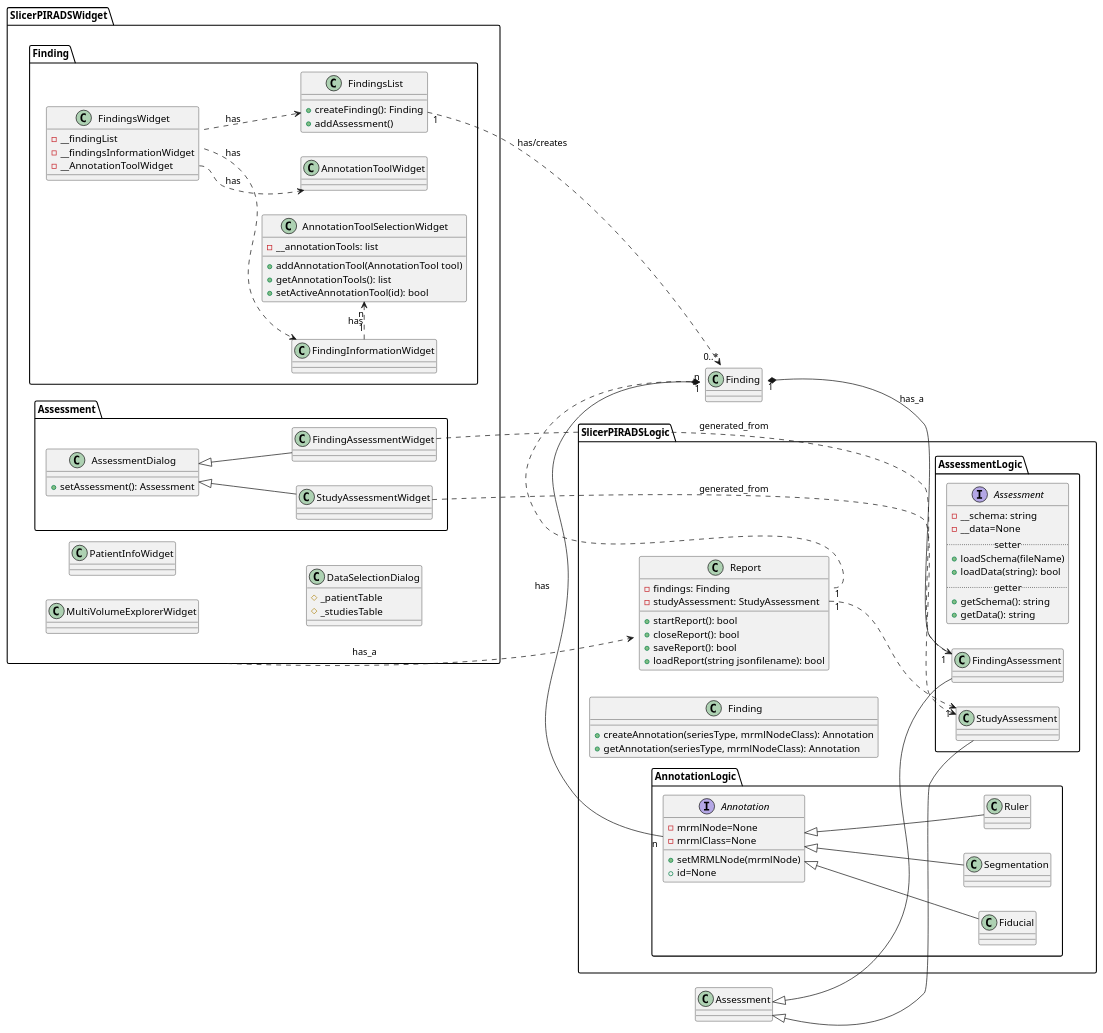
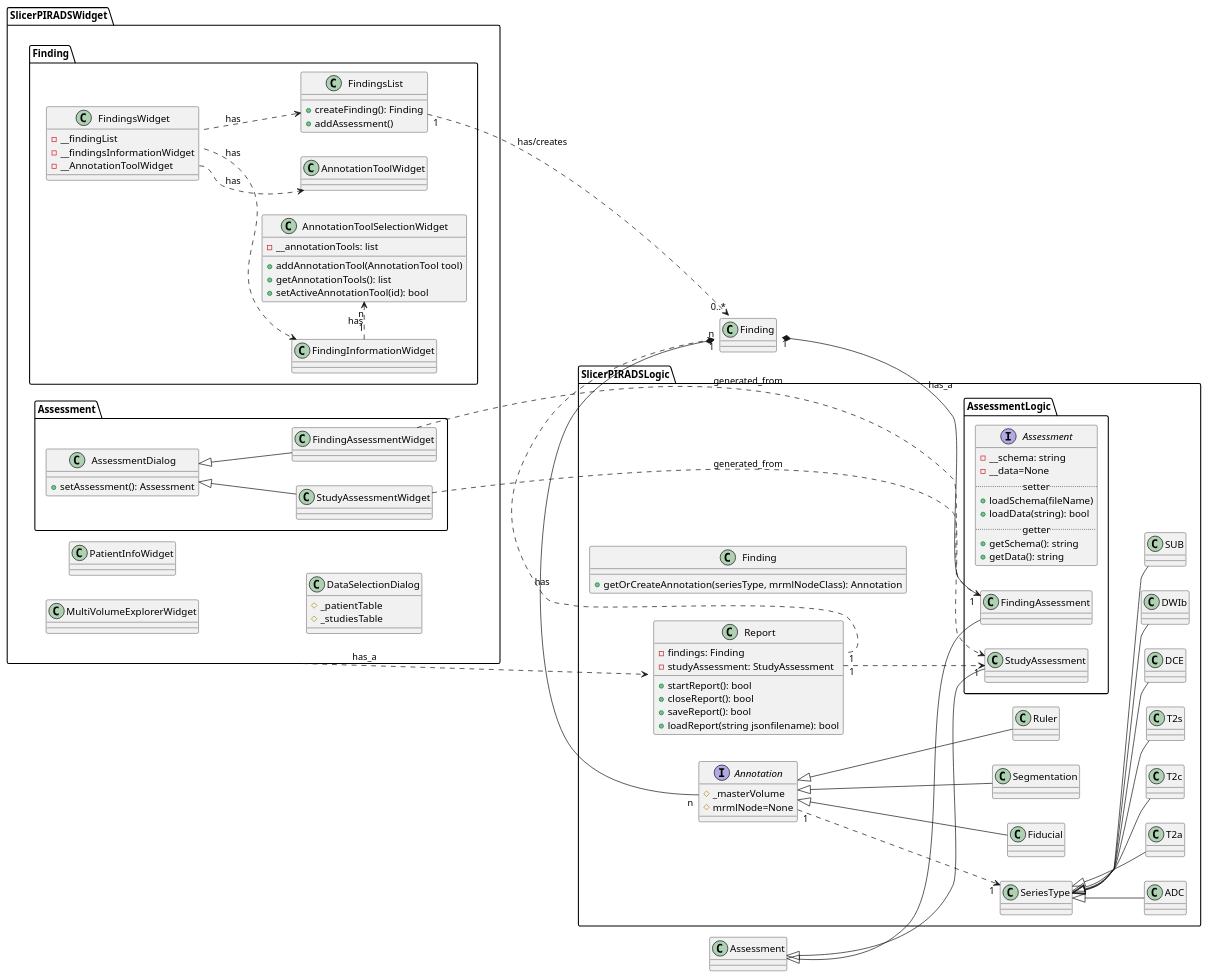
The diagram in Documentation/Classes.puml (QIICR/SlicerPIRADS), drawn with PlantUML before and after one commit. The commit also changed 2 other files, not shown here.

Commit message:
ENH: added rules for more series types and removed one duplicate

```diff
--- a/Documentation/Classes.puml
+++ b/Documentation/Classes.puml
@@ -1,162 +1,166 @@
 @startuml
 left to right direction
 
 'TODO: think about loading and saving data!
 
 package SlicerPIRADSWidget {
 
   class MultiVolumeExplorerWidget {
   }
 
   class PatientInfoWidget {
   }
 
   package Finding {
     class FindingsWidget {
       - __findingList
       - __findingsInformationWidget
       - __AnnotationToolWidget
     }
 
     class FindingsList {
       + createFinding(): Finding
       + addAssessment()
     }
 
     class AnnotationToolSelectionWidget {
       - __annotationTools: list
       + addAnnotationTool(AnnotationTool tool)
       + getAnnotationTools(): list
       + setActiveAnnotationTool(id): bool
     }
 
     class FindingInformationWidget {
 
     }
 
     class AnnotationToolWidget {
     }
   }
 
   class DataSelectionDialog {
     # _patientTable
     # _studiesTable
   }
 
   '  Connections
 
   package Assessment {
 
     class AssessmentDialog {
       + setAssessment(): Assessment
     }
     AssessmentDialog <|-- StudyAssessmentWidget
     AssessmentDialog <|-- FindingAssessmentWidget
   }
 
 }
 
 
 package SlicerPIRADSLogic {
 
   package AssessmentLogic {
     interface Assessment {
       - __schema: string
       - __data=None
       .. setter ..
       + loadSchema(fileName)
       + loadData(string): bool
       .. getter ..
       + getSchema(): string
       + getData(): string
     }
 
     class FindingAssessment {
     }
 
     class StudyAssessment {
     }
   }
 
   'interface DataHandler {
   '  + save()
   '  + load(fileName): bool
   '}
   '
   'class ReportDataHandler {
   '}
   'DataHandler <|-- ReportDataHandler
   'DataHandler <|-- StudyAssessmentHandler
   '
   'Assessment -> DataHandler: has_a
 
 
   class Finding {
-    + createAnnotation(seriesType, mrmlNodeClass): Annotation
-    + getAnnotation(seriesType, mrmlNodeClass): Annotation
+    + getOrCreateAnnotation(seriesType, mrmlNodeClass): Annotation
   }
 
   class Report {
   - findings: Finding
   - studyAssessment: StudyAssessment
   __
   + startReport(): bool
   + closeReport(): bool
   + saveReport(): bool
   + loadReport(string jsonfilename): bool
   }
 
-  package AnnotationLogic {
+  class SeriesType {
+  }
 
-    interface Annotation {
-    - mrmlNode=None
-    - mrmlClass=None
-    __
-    + setMRMLNode(mrmlNode)
-    }
+  SeriesType <|-- ADC
+  SeriesType <|-- T2a
+  SeriesType <|-- T2c
+  SeriesType <|-- T2s
+  SeriesType <|-- DCE
+  SeriesType <|-- DWIb
+  SeriesType <|-- SUB
 
-    interface Annotation {
-      +id=None
-    }
+  Annotation "1" ..> "1" SeriesType
 
-    class Fiducial {
-    }
 
-    class Segmentation {
-    }
+  interface Annotation {
+  # _masterVolume
+  # mrmlNode=None
+  }
 
-    class Ruler {
-    }
+  class Fiducial {
+  }
+
+  class Segmentation {
+  }
+
+  class Ruler {
   }
 }
 
 
 SlicerPIRADSWidget ..> Report: has_a
 
 'FindingAssessmentWidget ..> AssessmentHelp
 
 FindingAssessmentWidget ..> FindingAssessment:generated_from
 StudyAssessmentWidget ..> StudyAssessment:generated_from
 
 FindingsList "1" ..> "0..*" Finding:has/creates
 FindingsWidget ..> FindingInformationWidget: has
 FindingsWidget::_AnnotationToolWidget ..> AnnotationToolWidget: has
 FindingsWidget::__FindingsList ..> FindingsList: has
 
 Annotation <|-- Fiducial
 Annotation <|-- Segmentation
 Annotation <|-- Ruler
 
 FindingInformationWidget "1" .> "n" AnnotationToolSelectionWidget: has
 
 
 Finding "1" *-- "1" FindingAssessment: has_a
 Finding::_annotations "1" *-- "n" Annotation: has
 
 Report::findings "1" ..> "n" Finding
 Report::studyAssessment "1" ..> "1" StudyAssessment
 
 Assessment <|-- FindingAssessment
 Assessment <|-- StudyAssessment
 
 @enduml
```
